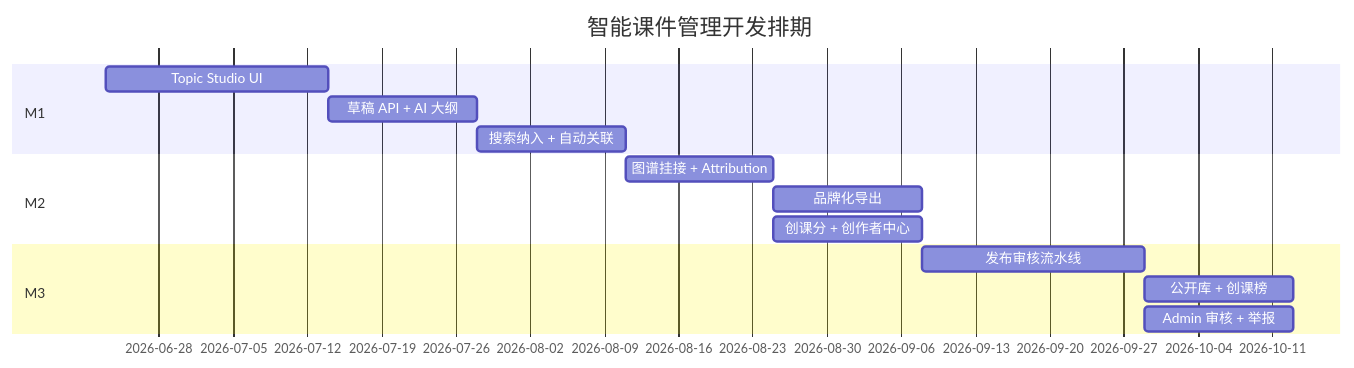
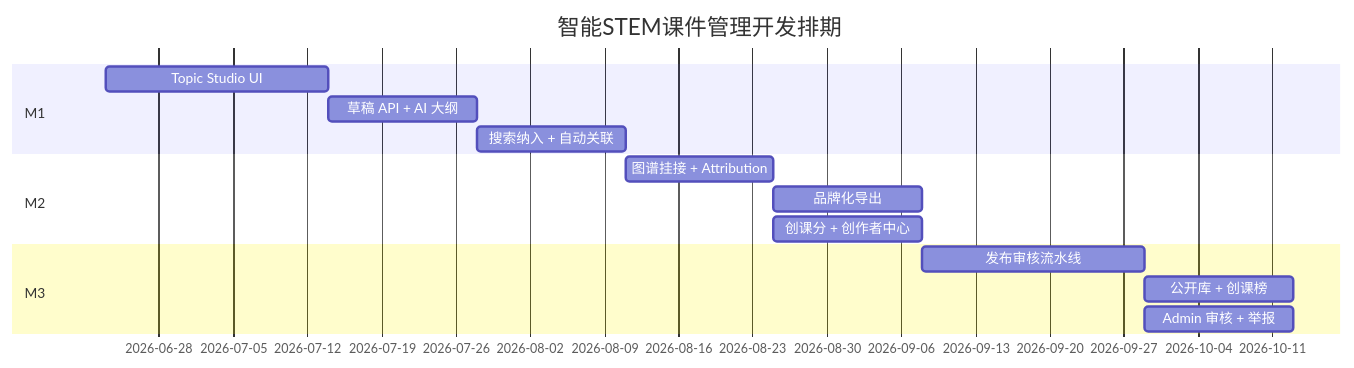
One commit to MatuX-ai/OpenMtSciED changed the diagram in .qoder/plans/intelligent-courseware-development-plan.md. Above: the diagram before and after it, drawn with Mermaid. The commit also changed other lines of this file and 8 other files, not shown here.

````diff
--- a/.qoder/plans/intelligent-courseware-development-plan.md
+++ b/.qoder/plans/intelligent-courseware-development-plan.md
@@ -159,17 +159,17 @@
 ```mermaid
 gantt
-  title 智能课件管理开发排期
+  title 智能STEM课件管理开发排期
   dateFormat YYYY-MM-DD
   section M1
   Topic Studio UI           :m1a, 2026-06-23, 3w
   草稿 API + AI 大纲        :m1b, after m1a, 2w
   搜索纳入 + 自动关联      :m1c, after m1b, 2w
   section M2
   图谱挂接 + Attribution   :m2a, after m1c, 2w
   品牌化导出               :m2b, after m2a, 2w
   创课分 + 创作者中心       :m2c, after m2a, 2w
   section M3
   发布审核流水线           :m3a, after m2c, 3w
   公开库 + 创课榜          :m3b, after m3a, 2w
   Admin 审核 + 举报        :m3c, after m3a, 2w
 ```
````
